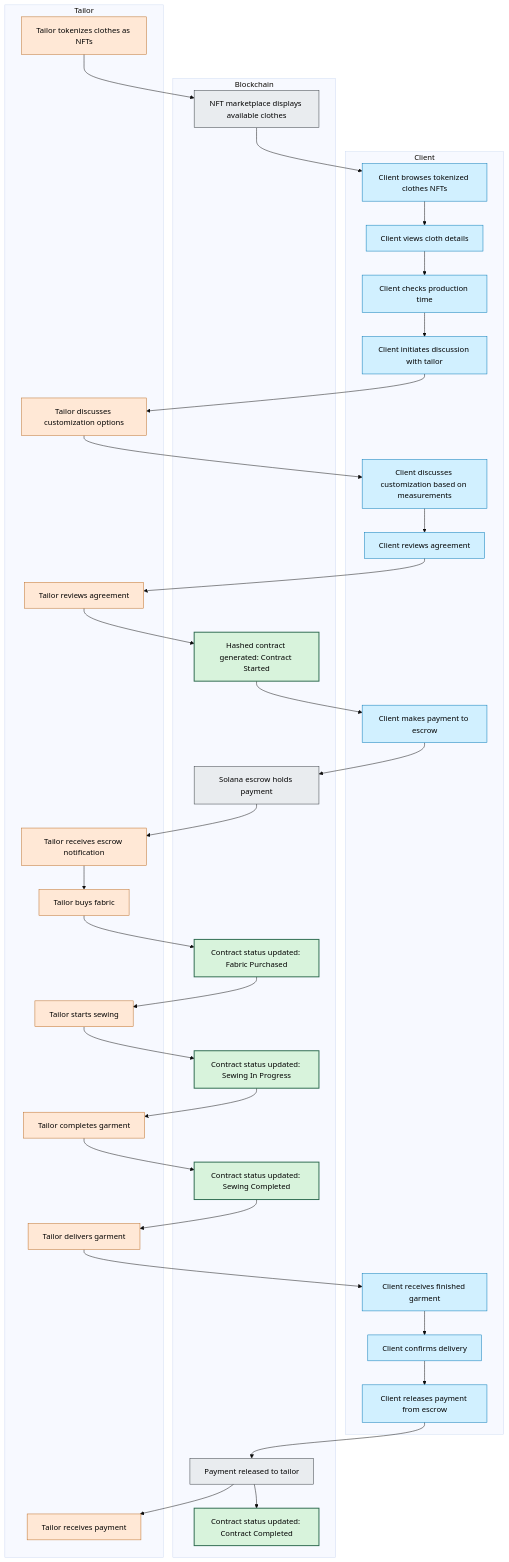
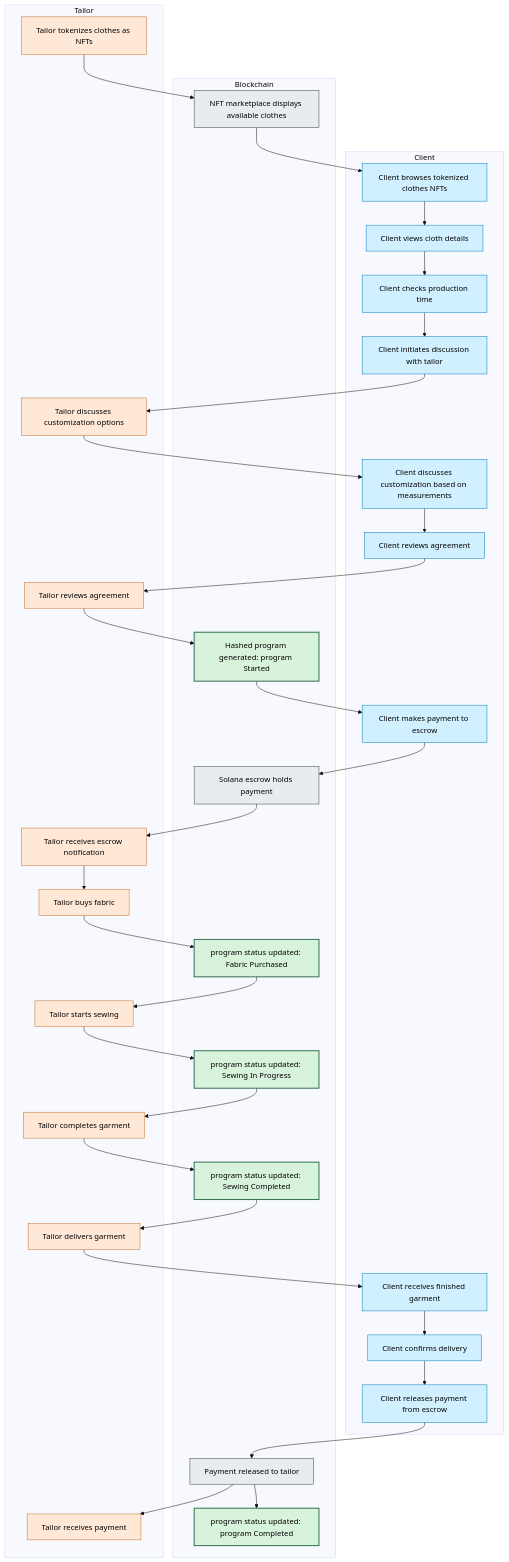
Before and after one commit to Afoxcute/fabric-radar: the diagram in user_flow_diagram.md, drawn with Mermaid (base theme). The commit also changed other lines of this file and 1 other file, not shown here.

Commit message:
backend flow

````diff
--- a/user_flow_diagram.md
+++ b/user_flow_diagram.md
@@ -3,75 +3,75 @@
 ```mermaid
 flowchart TD
     subgraph Client
         A[Client browses tokenized clothes NFTs]
         B[Client views cloth details]
         C[Client checks production time]
         D[Client initiates discussion with tailor]
         E[Client discusses customization based on measurements]
         F[Client reviews agreement]
         G[Client makes payment to escrow]
         M[Client receives finished garment]
         N[Client confirms delivery]
         O[Client releases payment from escrow]
     end
 
     subgraph Tailor
         H[Tailor tokenizes clothes as NFTs]
         I[Tailor discusses customization options]
         J[Tailor reviews agreement]
         K[Tailor receives escrow notification]
         L1[Tailor buys fabric]
         L2[Tailor starts sewing]
         L3[Tailor completes garment]
         P[Tailor delivers garment]
         Q[Tailor receives payment]
     end
 
     subgraph Blockchain
         R[NFT marketplace displays available clothes]
-        S1[Hashed contract generated: Contract Started]
-        S2[Contract status updated: Fabric Purchased]
-        S3[Contract status updated: Sewing In Progress]
-        S4[Contract status updated: Sewing Completed]
-        S5[Contract status updated: Contract Completed]
+        S1[Hashed program generated: program Started]
+        S2[program status updated: Fabric Purchased]
+        S3[program status updated: Sewing In Progress]
+        S4[program status updated: Sewing Completed]
+        S5[program status updated: program Completed]
         T[Solana escrow holds payment]
         U[Payment released to tailor]
     end
 
     H --> R
     R --> A
     A --> B
     B --> C
     C --> D
     D --> I
     I --> E
     E --> F
     F --> J
     J --> S1
     S1 --> G
     G --> T
     T --> K
     K --> L1
     L1 --> S2
     S2 --> L2
     L2 --> S3
     S3 --> L3
     L3 --> S4
     S4 --> P
     P --> M
     M --> N
     N --> O
     O --> U
     U --> Q
     U --> S5
 
     classDef clientProcess fill:#d1f0ff,stroke:#0077b6,color:black
     classDef tailorProcess fill:#ffe8d6,stroke:#bc6c25,color:black
     classDef blockchainProcess fill:#e9ecef,stroke:#343a40,color:black
-    classDef contractStatus fill:#d8f3dc,stroke:#2d6a4f,stroke-width:2px,color:black
+    classDef programStatus fill:#d8f3dc,stroke:#2d6a4f,stroke-width:2px,color:black
 
     class A,B,C,D,E,F,G,M,N,O clientProcess
     class H,I,J,K,L1,L2,L3,P,Q tailorProcess
     class R,T,U blockchainProcess
-    class S1,S2,S3,S4,S5 contractStatus
+    class S1,S2,S3,S4,S5 programStatus
 ```
````
